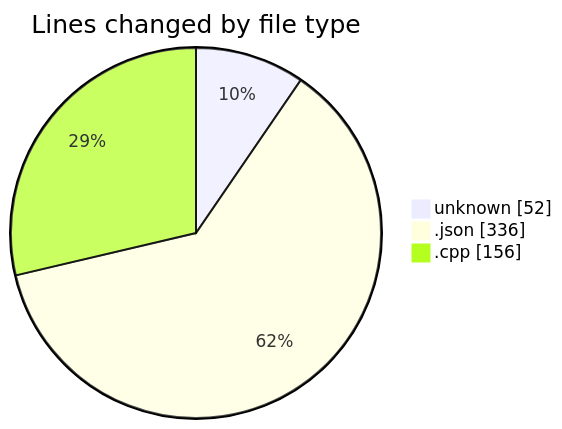
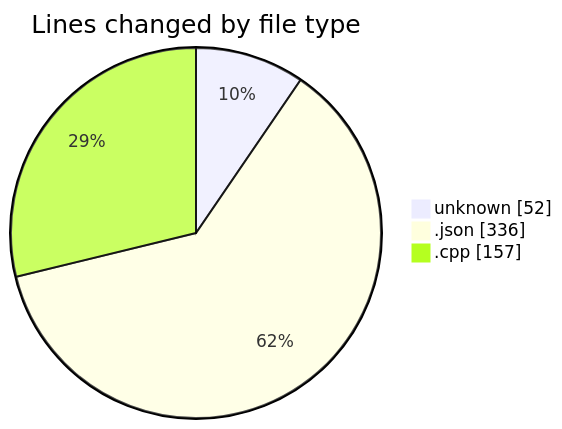
One commit to Netris89/code-tracking changed the first of 2 diagrams in 2025-03-26/echo/README.md. Above: the diagram before and after it, drawn with Mermaid. The commit also changed other lines of this file and 1 other file, not shown here.

````diff
--- a/2025-03-26/echo/README.md
+++ b/2025-03-26/echo/README.md
@@ -24,7 +24,7 @@
 ```mermaid
 pie showData
 title Lines changed by file type
 "unknown" : 52
 ".json" : 336
-".cpp" : 156
+".cpp" : 157
 ```
````
